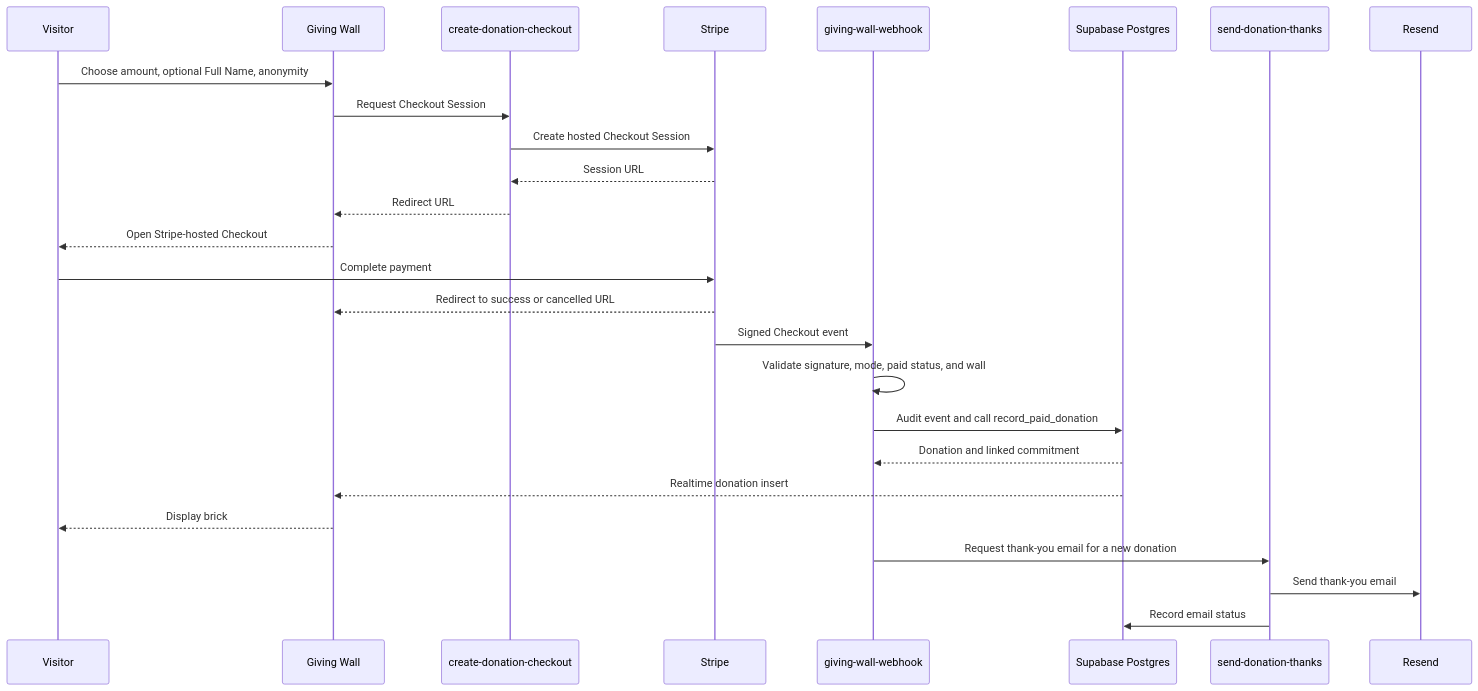
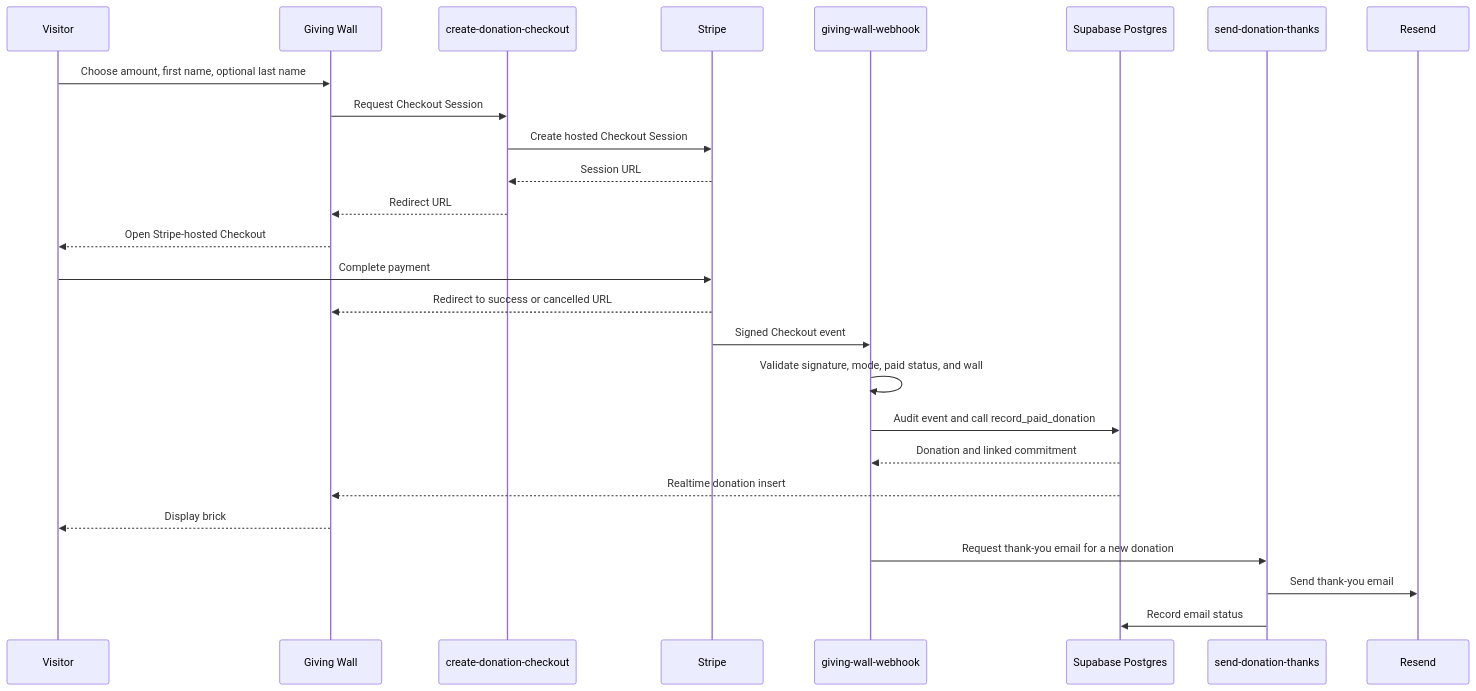
The third of 3 diagrams in README.md (mayfiete/prayer-wall), drawn with Mermaid before and after one commit. The commit also changed other lines of this file and 20 other files, not shown here.

````diff
--- a/README.md
+++ b/README.md
@@ -135,29 +137,29 @@
 ```mermaid
 sequenceDiagram
     participant Visitor
     participant App as Giving Wall
     participant Checkout as create-donation-checkout
     participant Stripe
     participant Webhook as giving-wall-webhook
     participant DB as Supabase Postgres
     participant Thanks as send-donation-thanks
     participant Mail as Resend
 
-    Visitor->>App: Choose amount, optional Full Name, anonymity
+    Visitor->>App: Choose amount, first name, optional last name
     App->>Checkout: Request Checkout Session
     Checkout->>Stripe: Create hosted Checkout Session
     Stripe-->>Checkout: Session URL
     Checkout-->>App: Redirect URL
     App-->>Visitor: Open Stripe-hosted Checkout
     Visitor->>Stripe: Complete payment
     Stripe-->>App: Redirect to success or cancelled URL
     Stripe->>Webhook: Signed Checkout event
     Webhook->>Webhook: Validate signature, mode, paid status, and wall
     Webhook->>DB: Audit event and call record_paid_donation
     DB-->>Webhook: Donation and linked commitment
     DB-->>App: Realtime donation insert
     App-->>Visitor: Display brick
     Webhook->>Thanks: Request thank-you email for a new donation
     Thanks->>Mail: Send thank-you email
     Thanks->>DB: Record email status
 ```
````
